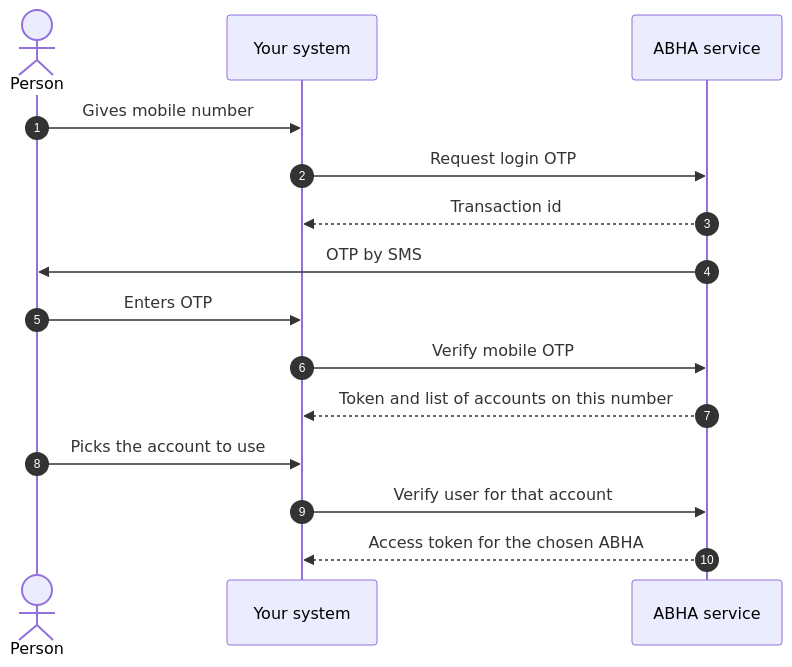
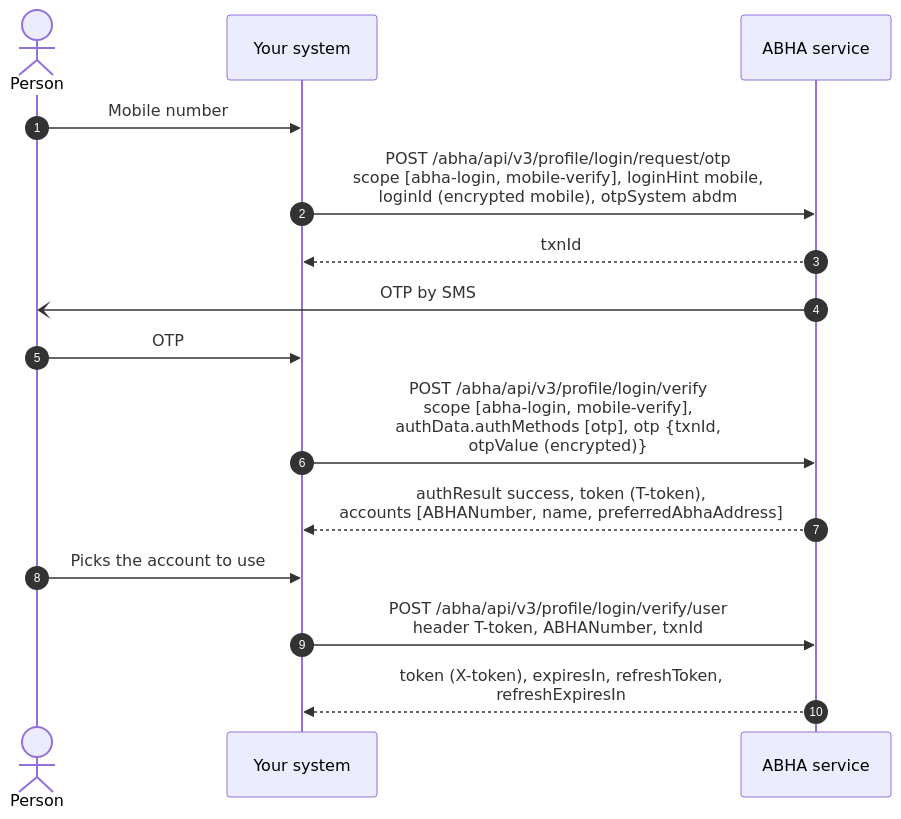
Before and after one commit to nha-in/docs: the fourth of 6 diagrams in site/docs/hiecm/v3/milestones/m1.mdx, drawn with Mermaid. The commit also changed other lines of this file and 4 other files, not shown here.

````diff
--- a/site/docs/hiecm/v3/milestones/m1.mdx
+++ b/site/docs/hiecm/v3/milestones/m1.mdx
@@ -246,17 +257,17 @@
 ```mermaid
 sequenceDiagram
     autonumber
     actor P as Person
     participant S as Your system
     participant A as ABHA service
-    P->>S: Gives mobile number
-    S->>A: Request login OTP
-    A-->>S: Transaction id
-    A->>P: OTP by SMS
-    P->>S: Enters OTP
-    S->>A: Verify mobile OTP
-    A-->>S: Token and list of accounts on this number
+    P->>S: Mobile number
+    S->>A: POST /abha/api/v3/profile/login/request/otp<br/>scope [abha-login, mobile-verify], loginHint mobile,<br/>loginId (encrypted mobile), otpSystem abdm
+    A-->>S: txnId
+    A-)P: OTP by SMS
+    P->>S: OTP
+    S->>A: POST /abha/api/v3/profile/login/verify<br/>scope [abha-login, mobile-verify],<br/>authData.authMethods [otp], otp {txnId,<br/>otpValue (encrypted)}
+    A-->>S: authResult success, token (T-token),<br/>accounts [ABHANumber, name, preferredAbhaAddress]
     P->>S: Picks the account to use
-    S->>A: Verify user for that account
-    A-->>S: Access token for the chosen ABHA
+    S->>A: POST /abha/api/v3/profile/login/verify/user<br/>header T-token, ABHANumber, txnId
+    A-->>S: token (X-token), expiresIn, refreshToken,<br/>refreshExpiresIn
 ```
````
